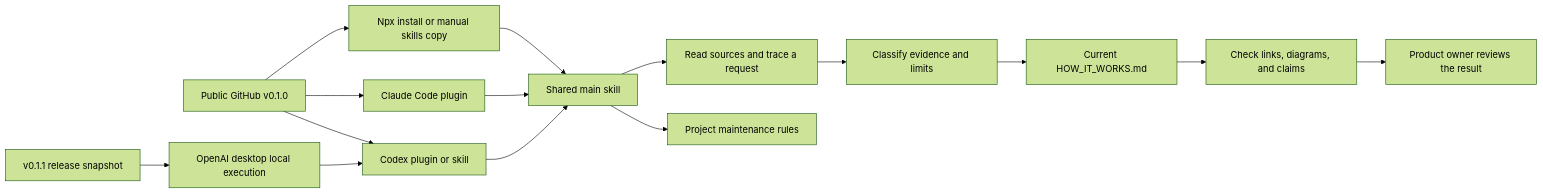
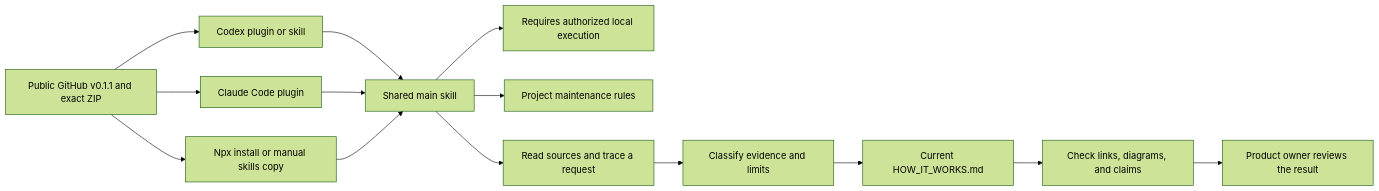
One commit to joevilcai666/how-it-works-skill changed the first of 3 diagrams in HOW_IT_WORKS.md. Above: the diagram before and after it, drawn with Mermaid (forest theme). The commit also changed other lines of this file and 5 other files, not shown here.

````diff
--- a/HOW_IT_WORKS.md
+++ b/HOW_IT_WORKS.md
@@ -35,17 +32,16 @@
 ```mermaid
 flowchart LR
-  G[Public GitHub v0.1.0] --> A
+  G[Public GitHub v0.1.1 and exact ZIP] --> A
   G --> B
   G --> C
-  L[v0.1.1 release snapshot] --> X[OpenAI desktop local execution]
-  X --> A
   A[Codex plugin or skill] --> S[Shared main skill]
   B[Claude Code plugin] --> S
   C[Npx install or manual skills copy] --> S
+  S --> X[Requires authorized local execution]
   S --> U[Project maintenance rules]
   S --> R[Read sources and trace a request]
   R --> E[Classify evidence and limits]
   E --> D[Current HOW_IT_WORKS.md]
   D --> V[Check links, diagrams, and claims]
   V --> P[Product owner reviews the result]
 ```
````
